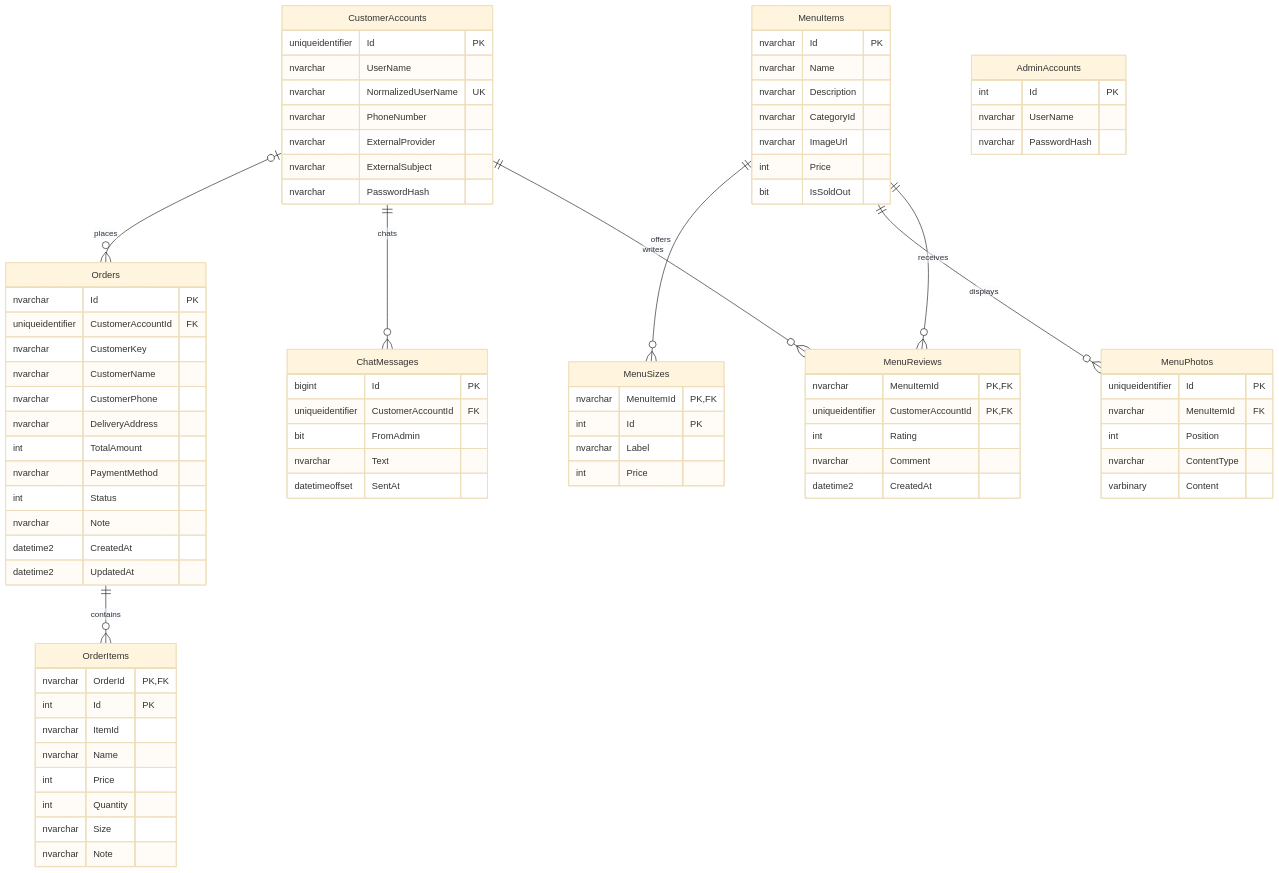
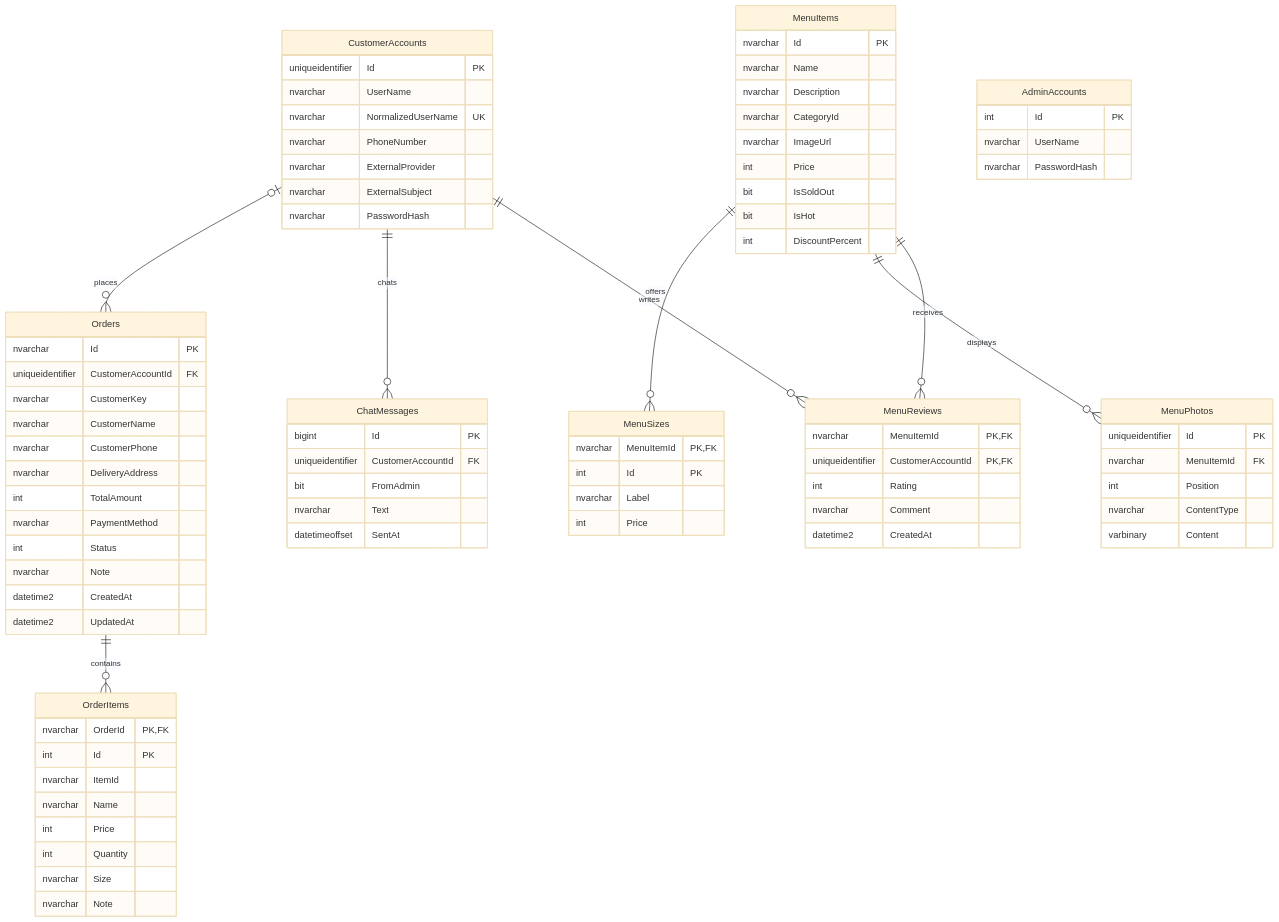
Before and after one commit to lytuk5/coffee: the diagram in coffee/Database/SoDoDatabase.md, drawn with Mermaid (base theme). The commit also changed 25 other files, not shown here.

```diff
--- a/coffee/Database/SoDoDatabase.md
+++ b/coffee/Database/SoDoDatabase.md
@@ -32,6 +32,8 @@
         nvarchar ImageUrl
         int Price
         bit IsSoldOut
+        bit IsHot
+        int DiscountPercent
     }
     MenuSizes {
         nvarchar MenuItemId PK, FK
```
